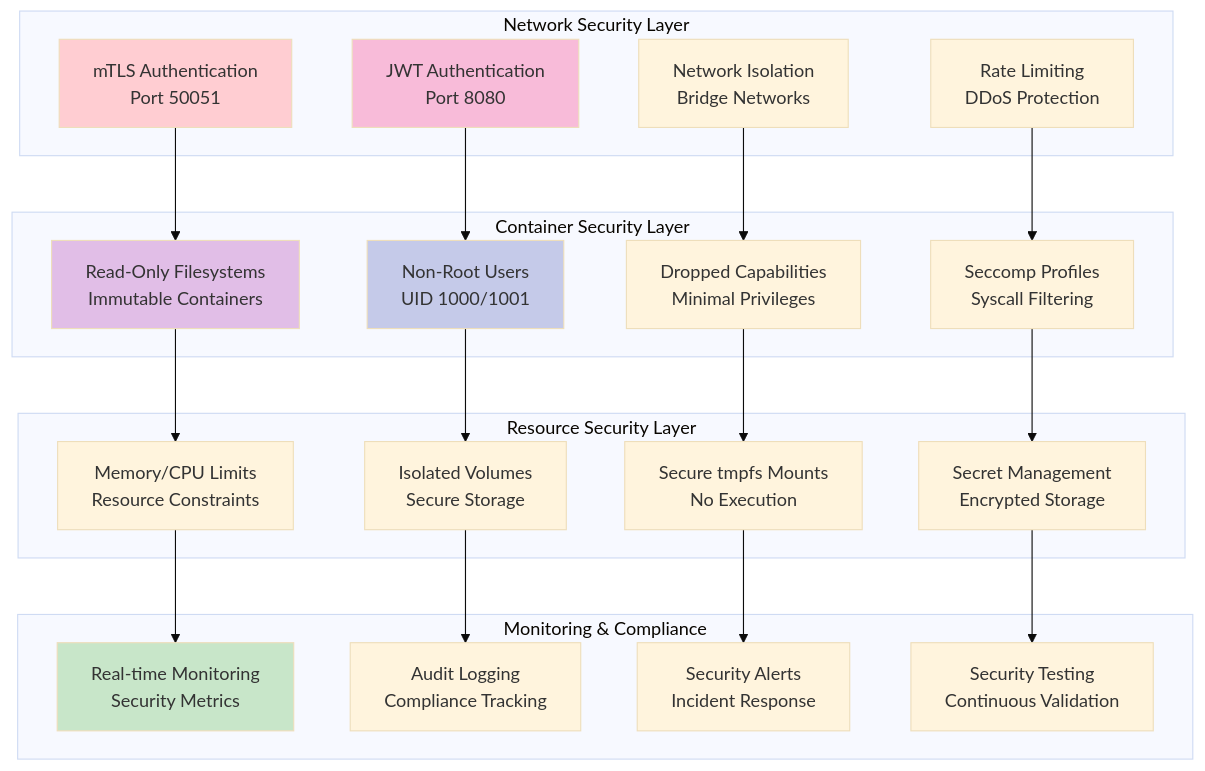
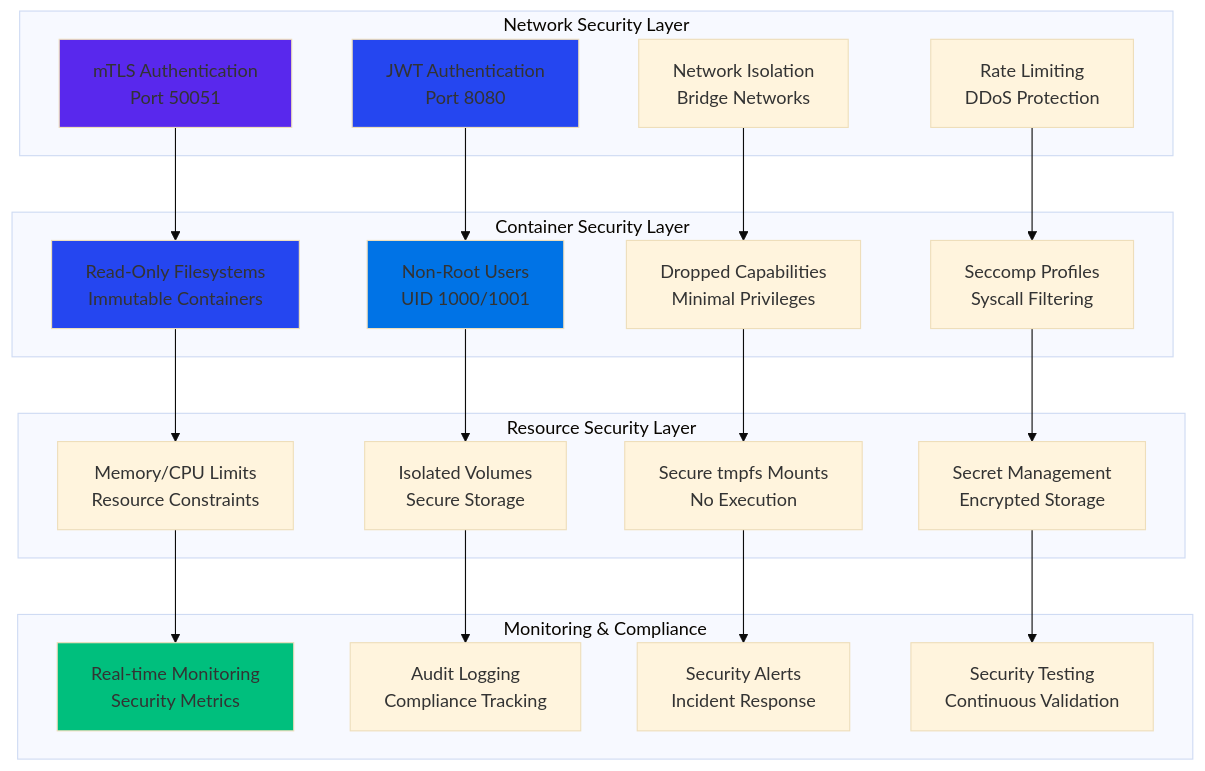
Before and after one commit to elementalcollision/GraphMemory-IDE: the tenth of 17 diagrams in README.md, drawn with Mermaid (base theme). The commit also changed other lines of this file, not shown here.

Commit message:
feat: Apply vibrant color palette to all Mermaid diagrams for improved readability and visual consistency

````diff
--- a/README.md
+++ b/README.md
@@ -792,51 +792,51 @@
 ```mermaid
 graph TB
     subgraph "Network Security Layer"
         MTLS[mTLS Authentication<br/>Port 50051]
         JWT[JWT Authentication<br/>Port 8080]
         FIREWALL[Network Isolation<br/>Bridge Networks]
         RATE_LIMIT[Rate Limiting<br/>DDoS Protection]
     end
     
     subgraph "Container Security Layer"
         READONLY[Read-Only Filesystems<br/>Immutable Containers]
         NONROOT[Non-Root Users<br/>UID 1000/1001]
         CAPS[Dropped Capabilities<br/>Minimal Privileges]
         SECCOMP[Seccomp Profiles<br/>Syscall Filtering]
     end
     
     subgraph "Resource Security Layer"
         LIMITS[Memory/CPU Limits<br/>Resource Constraints]
         VOLUMES[Isolated Volumes<br/>Secure Storage]
         TMPFS[Secure tmpfs Mounts<br/>No Execution]
         SECRETS[Secret Management<br/>Encrypted Storage]
     end
     
     subgraph "Monitoring & Compliance"
         MONITOR[Real-time Monitoring<br/>Security Metrics]
         AUDIT[Audit Logging<br/>Compliance Tracking]
         ALERTS[Security Alerts<br/>Incident Response]
         TESTS[Security Testing<br/>Continuous Validation]
     end
     
     MTLS --> READONLY
     JWT --> NONROOT
     FIREWALL --> CAPS
     RATE_LIMIT --> SECCOMP
     
     READONLY --> LIMITS
     NONROOT --> VOLUMES
     CAPS --> TMPFS
     SECCOMP --> SECRETS
     
     LIMITS --> MONITOR
     VOLUMES --> AUDIT
     TMPFS --> ALERTS
     SECRETS --> TESTS
     
-    style MTLS fill:#ffcdd2
-    style JWT fill:#f8bbd9
-    style READONLY fill:#e1bee7
-    style NONROOT fill:#c5cae9
-    style MONITOR fill:#c8e6c9
+    style MTLS fill:#5928ed
+    style JWT fill:#2546f0
+    style READONLY fill:#2546f0
+    style NONROOT fill:#0073e6
+    style MONITOR fill:#00bf7d
 ```
````
